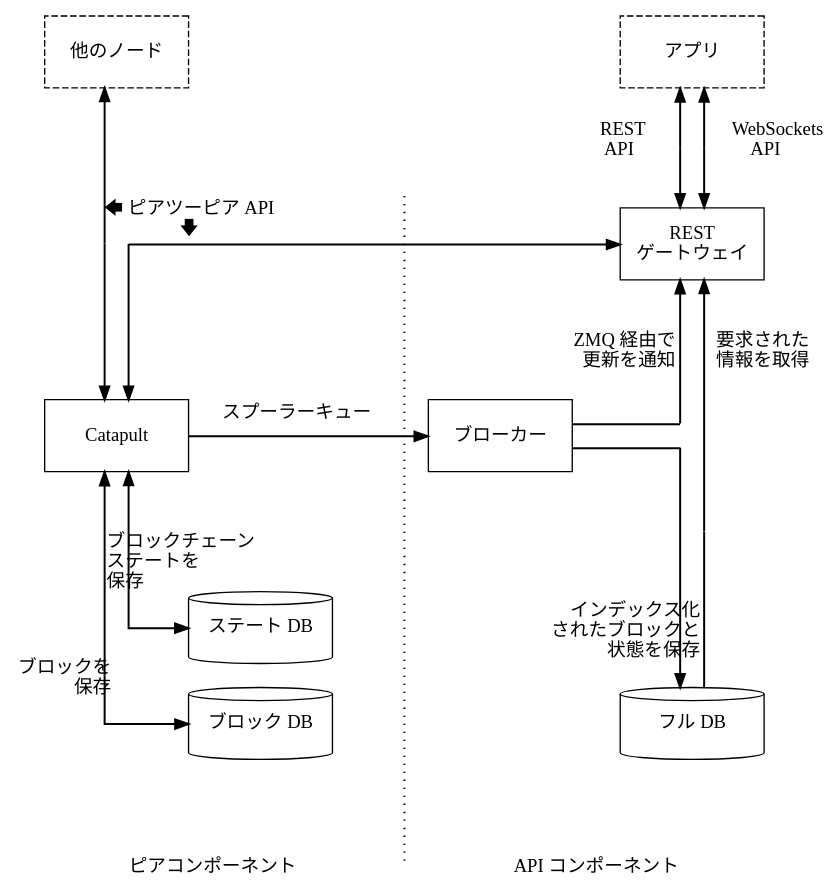
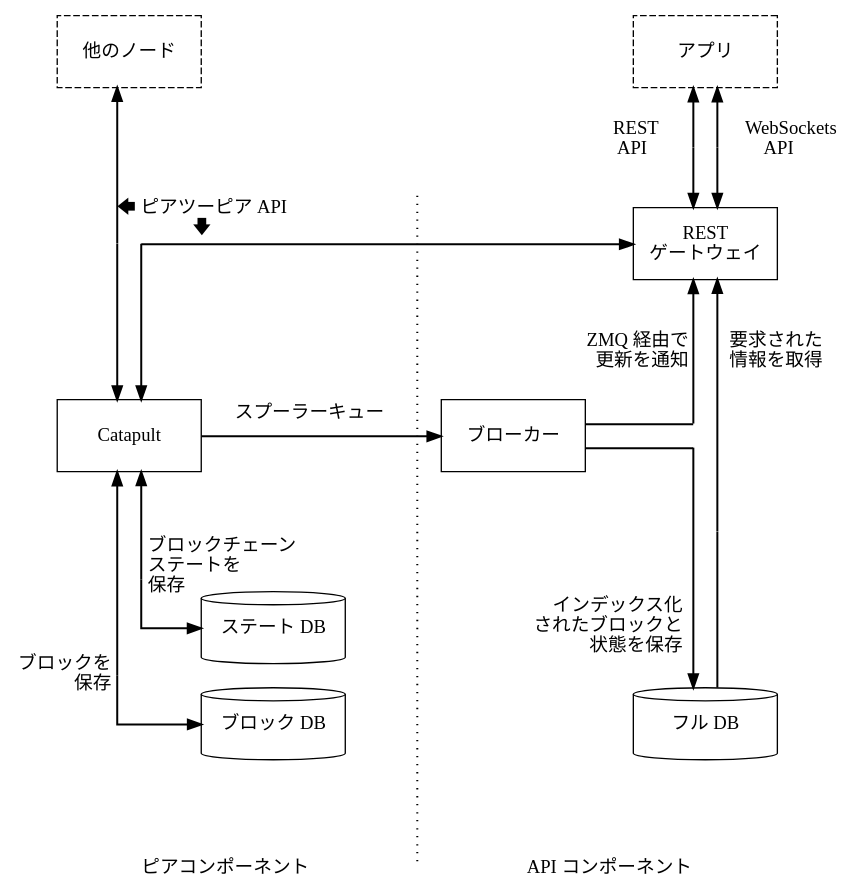
One commit to symbol/symbol changed the first of 2 diagrams in mkdocs/pages/ja/textbook/nodes.md. Above: the diagram before and after it, drawn with Graphviz. The commit also changed other lines of this file and 4 other files, not shown here.

````diff
--- a/mkdocs/pages/ja/textbook/nodes.md
+++ b/mkdocs/pages/ja/textbook/nodes.md
@@ -21,60 +21,60 @@
 ```dot
 digraph SymbolNode {
     layout=neato;
     splines=ortho;
     node [shape=box width=1.5 height=0.75];
     edge [penwidth=1.5]
 
     // External labels
     OtherNodes [label="他のノード" style=dashed fillcolor=transparent pos="0,6.5!"];
     Clients    [label="アプリ" style=dashed fillcolor=transparent pos="6,6.5!"];
 
     // Core components
     Catapult   [label="Catapult" pos="0,2.5!" URL="#catapult"];
     REST       [label="REST\nゲートウェイ" pos="6,4.5!" URL="#rest-gateway"];
     RocksDB    [label="ステート DB" pos="1.5,0.5!" shape=cylinder URL="#state-database"];
     Disk       [label="ブロック DB" pos="1.5,-0.5!" shape=cylinder URL="#blocks-database"];
     MongoDB    [label="フル DB" pos="6,-0.5!" shape=cylinder URL="#full-database"];
     Broker     [label="ブローカー" pos="4,2.5!" URL="#broker"];
 
     // Waypoints
     OtherNodesWP [shape=point width=0 pos="-0.125,4.5!"]
     OtherNodesWP2 [shape=point width=0 pos="0.125,4.5!"]
     RocksDBWP  [shape=point width=0 pos="0.125,1!"];
     DiskWP     [shape=point width=0 pos="-0.125,0!"];
     MongoDBWP  [shape=point width=0 pos="5.875,2.375!"];
     RESTWP     [shape=point width=0 pos="5.875,2.625!"];
     RESTWP2    [shape=point width=0 pos="6.125,1.5!"];
     ClientsWP1 [shape=point width=0 pos="5.875,5.5!"]
     ClientsWP2 [shape=point width=0 pos="6.125,5.5!"]
 
     // External
     OtherNodesWP -> Catapult [headlabel="🡄 ピアツーピア API\n🡇" labelangle=-25 labeldistance=15];
     OtherNodesWP -> OtherNodes;
     ClientsWP1 -> Clients [headlabel="REST\rAPI" labelangle=-50 labeldistance=6];
     ClientsWP1 -> REST;
     ClientsWP2 -> Clients [headlabel="WebSockets\rAPI" labelangle=50 labeldistance=6];
     ClientsWP2 -> REST;
 
     // Internal
     OtherNodesWP2 -> REST;
     OtherNodesWP2 -> Catapult;
     Catapult -> RocksDBWP:s [dir=back];
     Catapult -> Broker [headlabel="スプーラーキュー" labelangle=-10 labeldistance=10];
-    RocksDBWP -> RocksDB [headlabel="ブロックチェーン\lステートを\l保存\l" labelangle=-85 labeldistance=5];
+    RocksDBWP -> RocksDB [headlabel="ブロックチェーン\lステートを\l保存\l" labelangle=-110 labeldistance=5];
     Catapult -> DiskWP:s [dir=back];
-    DiskWP:w -> Disk [headlabel="ブロックを\r保存\r" labelangle=-20 labeldistance=10];
+    DiskWP:w -> Disk [headlabel="ブロックを\r保存\r" labelangle=-20 labeldistance=11];
     Broker -> MongoDBWP [dir=none];
-    MongoDBWP:n -> MongoDB [headlabel="インデックス化\rされたブロックと\r状態を保存\r" labelangle=45 labeldistance=6];
+    MongoDBWP:n -> MongoDB [headlabel="インデックス化\rされたブロックと\r状態を保存\r" labelangle=55 labeldistance=8];
     Broker -> RESTWP [dir=none];
     RESTWP -> REST [headlabel="ZMQ 経由で\r更新を通知\r" labelangle=-40 labeldistance=7 URL="#zero-mq"];
     MongoDB -> RESTWP2 [dir=none];
     RESTWP2 -> REST [headlabel="要求された\l情報を取得\l" labelangle=40 labeldistance=7];
 
     MidWP1     [shape=point width=0 pos="3,5!"];
     MidWP2     [shape=point width=0 pos="3,-2!"];
     MidWP1 -> MidWP2 [dir=none style=dotted];
     PeerLabel  [label="ピアコンポーネント" shape=plain pos="1,-2!"]
     RESTLabel  [label="API コンポーネント" shape=plain pos="5,-2!"]
 }
 ```
````
